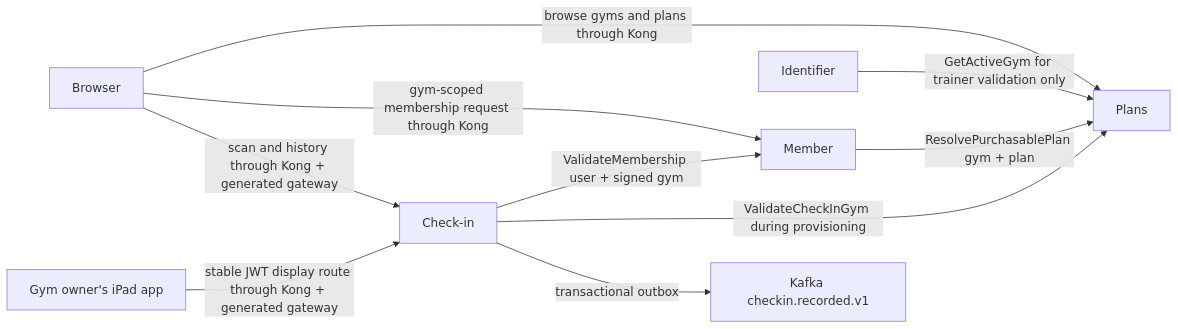
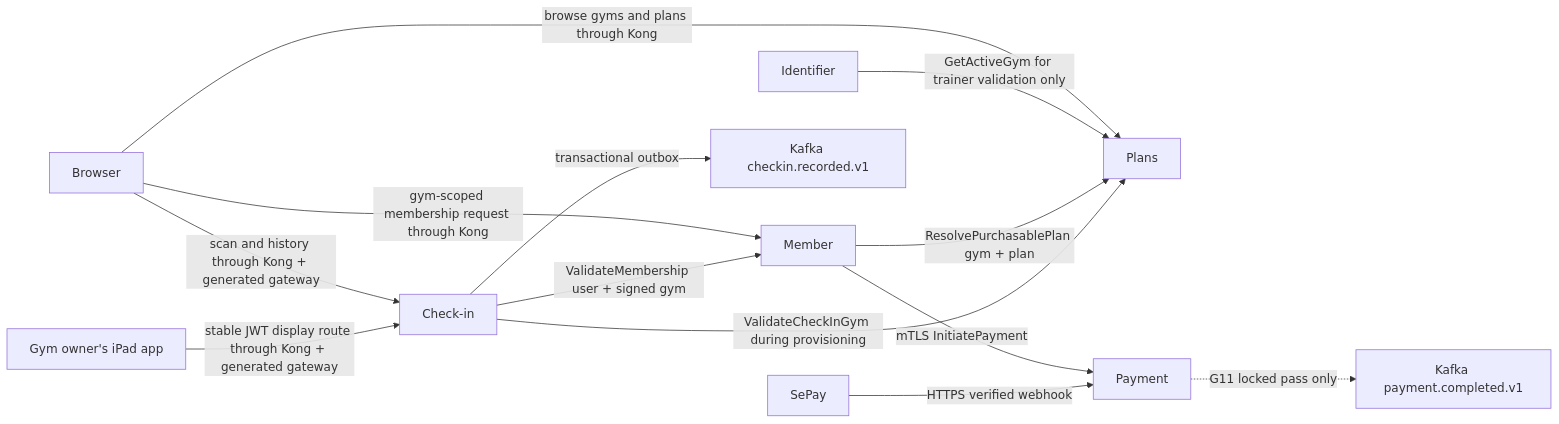
One commit to pploc/gym-architect changed the second of 2 diagrams in PLAN.md. Above: the diagram before and after it, drawn with Mermaid. The commit also changed other lines of this file and 11 other files, not shown here.

````diff
--- a/PLAN.md
+++ b/PLAN.md
@@ -46,12 +46,15 @@
 ```mermaid
 flowchart LR
     C[Browser] -->|browse gyms and plans through Kong| PL[Plans]
     C -->|gym-scoped membership request through Kong| MB[Member]
     C -->|scan and history through Kong + generated gateway| CI[Check-in]
     D[Gym owner's iPad app] -->|stable JWT display route through Kong + generated gateway| CI
     ID[Identifier] -->|GetActiveGym for trainer validation only| PL
     MB -->|ResolvePurchasablePlan gym + plan| PL
     CI -->|ValidateMembership user + signed gym| MB
     CI -->|ValidateCheckInGym during provisioning| PL
     CI -->|transactional outbox| K[Kafka checkin.recorded.v1]
+    MB -->|mTLS InitiatePayment| PM[Payment]
+    SP[SePay] -->|HTTPS verified webhook| PM
+    PM -.->|G11 locked pass only| PK[Kafka payment.completed.v1]
 ```
````
